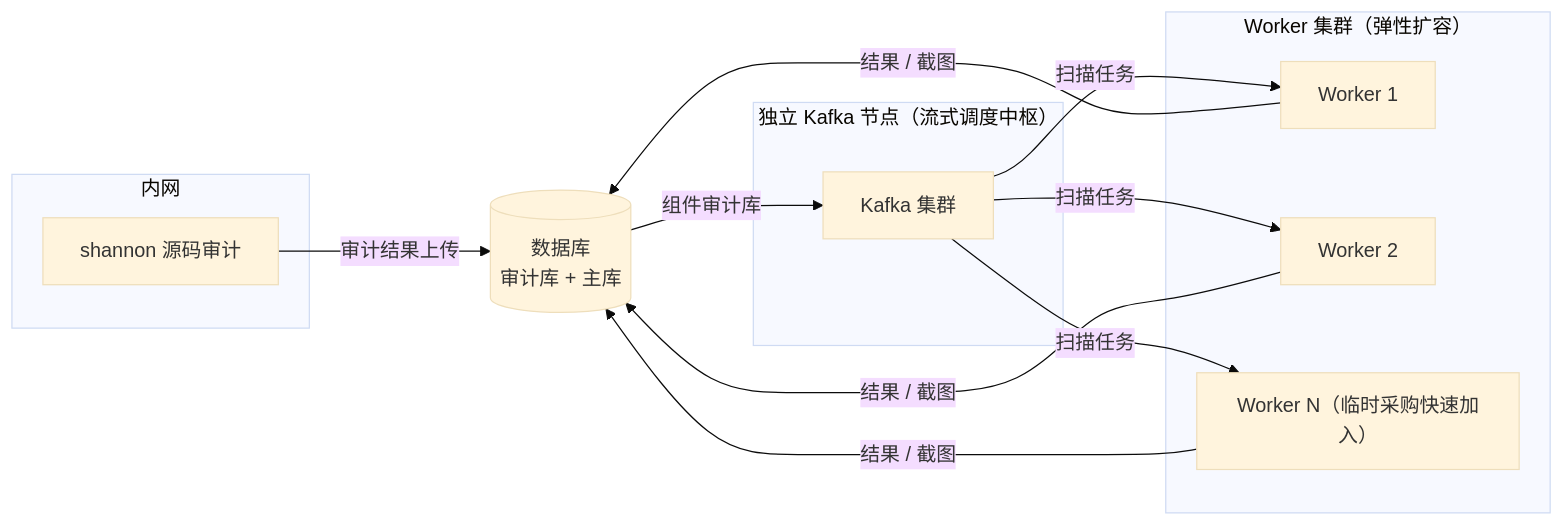
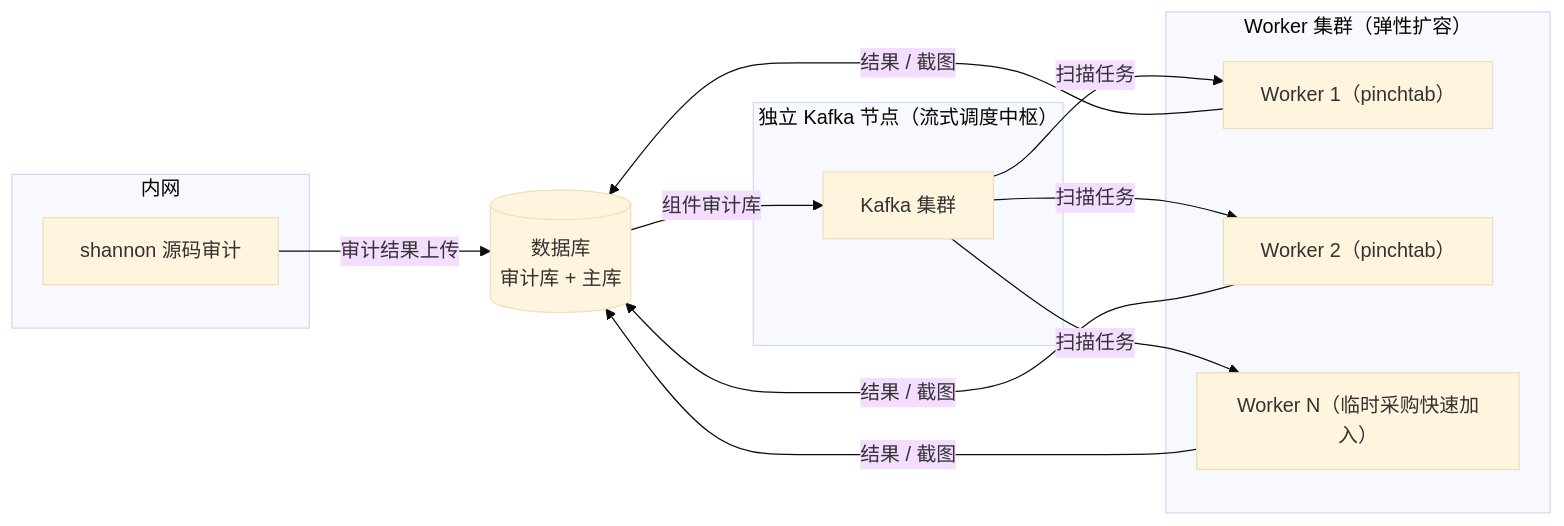
One commit to tajleonbennis-maker/SecretWatcher changed the third of 3 diagrams in docs/architecture.md. Above: the diagram before and after it, drawn with Mermaid (base theme). The commit also changed other lines of this file, not shown here.

Commit message:
docs: pinchtab as core key-search engine, capability-first roadmap

````diff
--- a/docs/architecture.md
+++ b/docs/architecture.md
@@ -160,24 +158,24 @@
 ```mermaid
 flowchart LR
     subgraph IN["内网"]
         S["shannon 源码审计"]
     end
     subgraph KF["独立 Kafka 节点（流式调度中枢）"]
         K["Kafka 集群"]
     end
     subgraph W["Worker 集群（弹性扩容）"]
-        W1["Worker 1"]
-        W2["Worker 2"]
+        W1["Worker 1（pinchtab）"]
+        W2["Worker 2（pinchtab）"]
         W3["Worker N（临时采购快速加入）"]
     end
     DB[("数据库<br/>审计库 + 主库")]
 
     S -->|审计结果上传| DB
     DB -->|组件审计库| K
     K -->|扫描任务| W1
     K -->|扫描任务| W2
     K -->|扫描任务| W3
     W1 -->|结果 / 截图| DB
     W2 -->|结果 / 截图| DB
     W3 -->|结果 / 截图| DB
 ```
````
